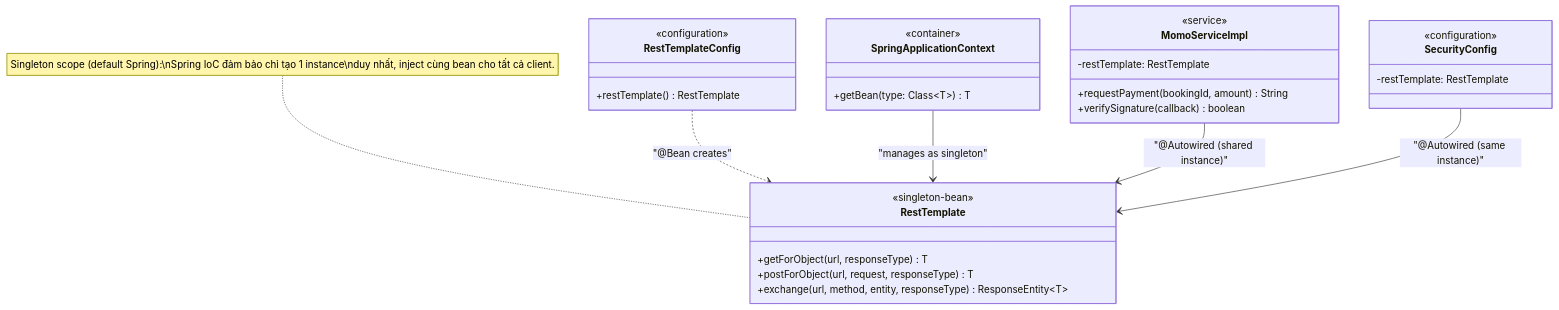
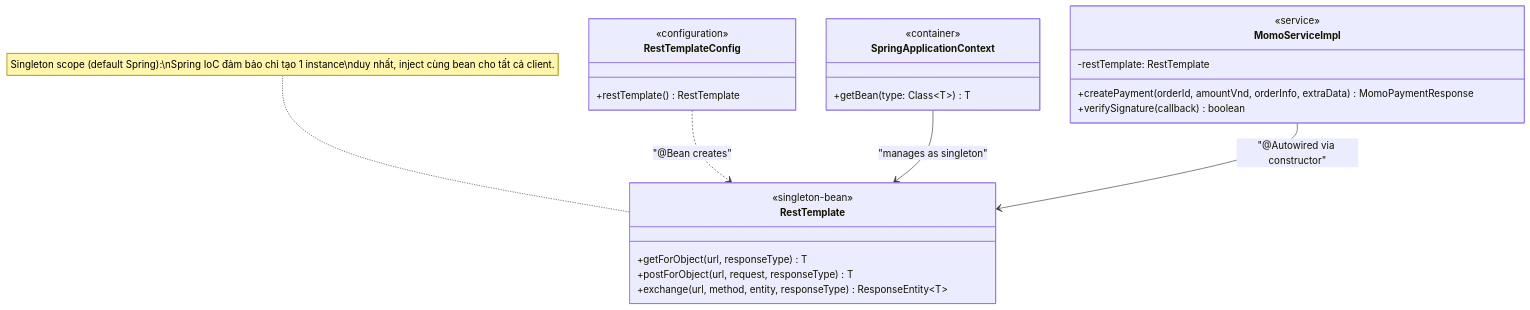
Before and after one commit to anhtudayne/Design_Pattern: the diagram in UML/pattern-only/06-singleton.md, drawn with Mermaid. The commit also changed 74 other files, not shown here.

````diff
--- a/UML/pattern-only/06-singleton.md
+++ b/UML/pattern-only/06-singleton.md
@@ -5,41 +5,35 @@
 ```mermaid
 classDiagram
   direction TB
 
   class RestTemplateConfig {
     <<configuration>>
     +restTemplate() RestTemplate
   }
 
   class RestTemplate {
     <<singleton-bean>>
     +getForObject(url, responseType) T
     +postForObject(url, request, responseType) T
     +exchange(url, method, entity, responseType) ResponseEntity~T~
   }
 
   class SpringApplicationContext {
     <<container>>
     +getBean(type: Class~T~) T
   }
 
   class MomoServiceImpl {
     <<service>>
     -restTemplate: RestTemplate
-    +requestPayment(bookingId, amount) String
+    +createPayment(orderId, amountVnd, orderInfo, extraData) MomoPaymentResponse
     +verifySignature(callback) boolean
-  }
-
-  class SecurityConfig {
-    <<configuration>>
-    -restTemplate: RestTemplate
   }
 
   %% Pattern structure — Singleton via Spring IoC
   RestTemplateConfig ..> RestTemplate : "@Bean creates"
   SpringApplicationContext --> RestTemplate : "manages as singleton"
-  MomoServiceImpl --> RestTemplate : "@Autowired (shared instance)"
-  SecurityConfig --> RestTemplate : "@Autowired (same instance)"
+  MomoServiceImpl --> RestTemplate : "@Autowired via constructor"
 
   note for RestTemplate "Singleton scope (default Spring):\nSpring IoC đảm bảo chỉ tạo 1 instance\nduy nhất, inject cùng bean cho tất cả client."
 ```
````
